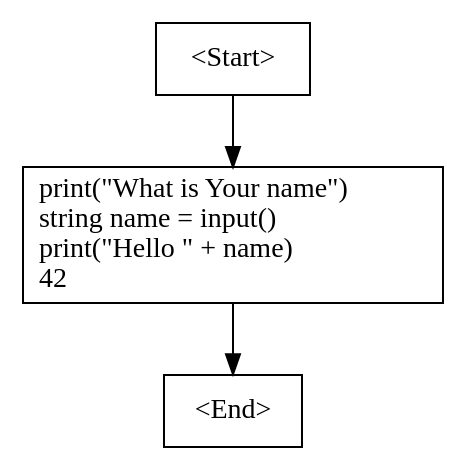
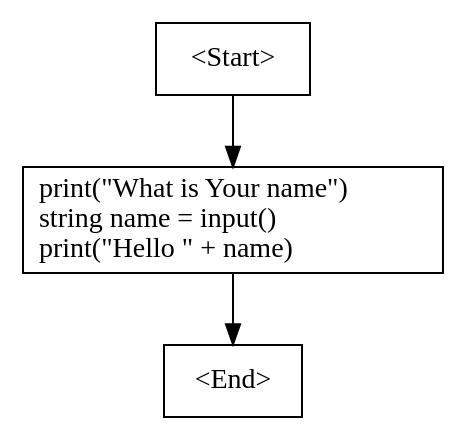
Before and after one commit to HirushaR/Lex: the diagram in lexcom/bin/Debug/netcoreapp3.0/cfg.dot, drawn with Graphviz. The commit also changed 2 other files, not shown here.

```diff
--- a/lexcom/bin/Debug/netcoreapp3.0/cfg.dot
+++ b/lexcom/bin/Debug/netcoreapp3.0/cfg.dot
@@ -1,7 +1,7 @@
 digraph G {
     N0 [label = "<Start>" shape = box]
-    N1 [label = "print(\"What is Your name\")\lstring name = input()\lprint(\"Hello \" + name)\l42\l" shape = box]
+    N1 [label = "print(\"What is Your name\")\lstring name = input()\lprint(\"Hello \" + name)\l" shape = box]
     N2 [label = "<End>" shape = box]
     N0 -> N1 [label = ""]
     N1 -> N2 [label = ""]
 }
```
